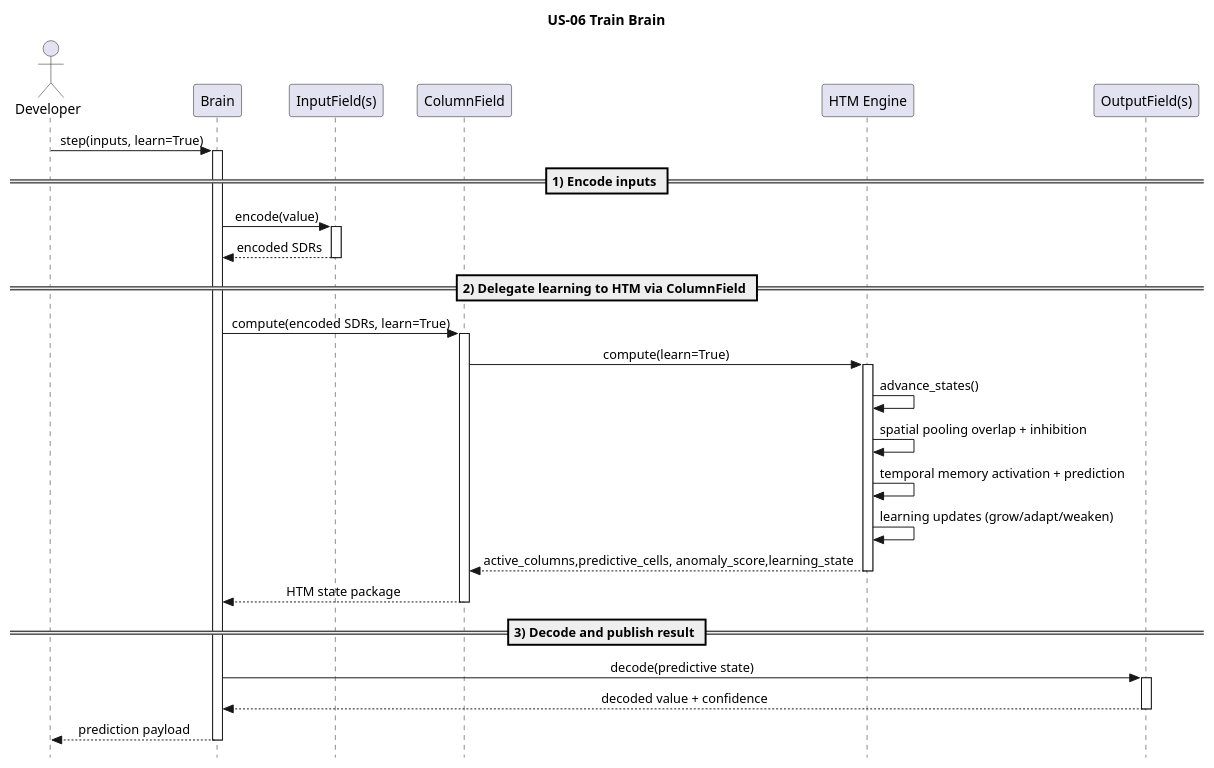
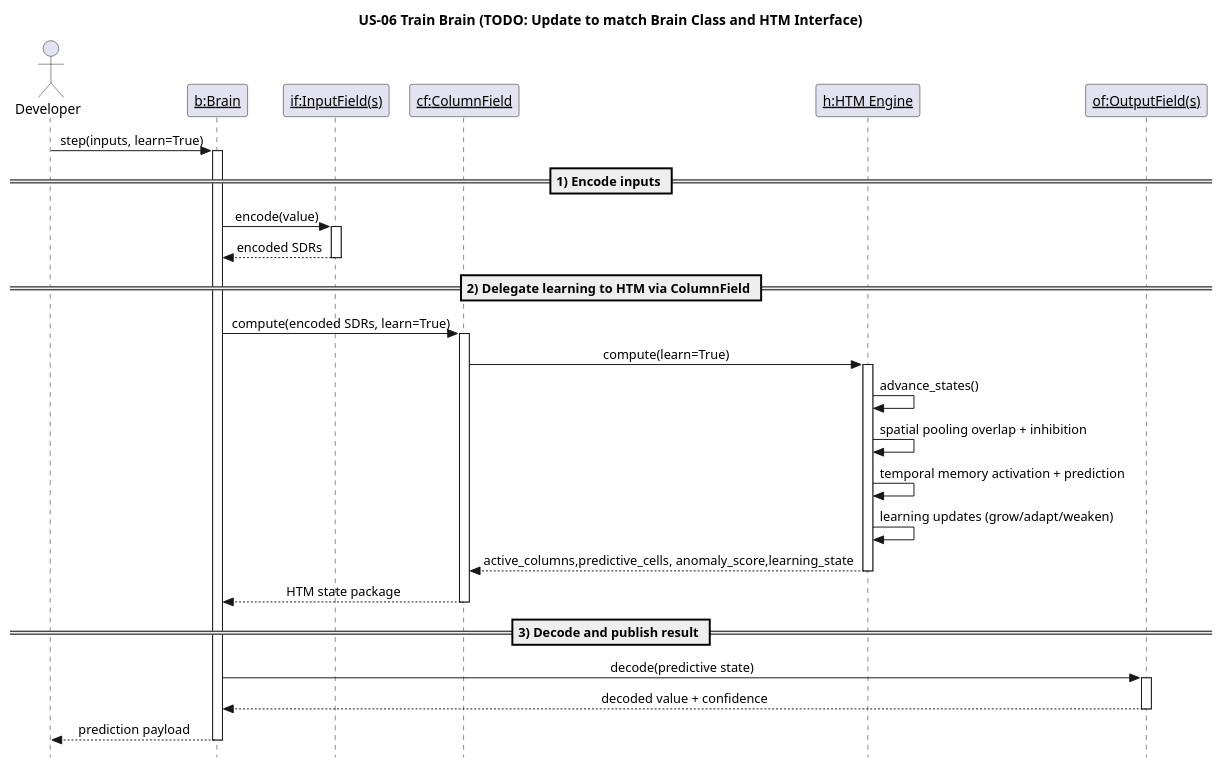
One commit to egrembocki/htmrl changed the diagram in docs/puml/US/us-06.puml. Above: the diagram before and after it, drawn with PlantUML. The commit also changed 8 other files, not shown here.

```diff
--- a/docs/puml/US/us-06.puml
+++ b/docs/puml/US/us-06.puml
@@ -1,49 +1,49 @@
 @startuml
 skinparam style strictuml
 skinparam sequenceMessageAlign center
 skinparam responseMessageBelowArrow true
-title US-06 Train Brain
+title US-06 Train Brain (TODO: Update to match Brain Class and HTM Interface)
 
 actor "Developer" as Dev
-participant "Brain" as B
-participant "InputField(s)" as IF
-participant "ColumnField" as CF
-participant "HTM Engine" as H
-participant "OutputField(s)" as OF
+participant "<u>b:Brain</u>" as B
+participant "<u>if:InputField(s)</u>" as IF
+participant "<u>cf:ColumnField</u>" as CF
+participant "<u>h:HTM Engine</u>" as H
+participant "<u>of:OutputField(s)</u>" as OF
 
 Dev -> B: step(inputs, learn=True)
 activate B
 
 == 1) Encode inputs ==
 B -> IF: encode(value)
 activate IF
 IF --> B: encoded SDRs
 
 deactivate IF
 
 == 2) Delegate learning to HTM via ColumnField ==
 B -> CF: compute(encoded SDRs, learn=True)
 activate CF
 CF -> H: compute(learn=True)
 activate H
 H -> H: advance_states()
 H -> H: spatial pooling overlap + inhibition
 H -> H: temporal memory activation + prediction
 H -> H: learning updates (grow/adapt/weaken)
 H --> CF: active_columns,predictive_cells, anomaly_score,learning_state
 
 deactivate H
 CF --> B: HTM state package
 
 deactivate CF
 
 == 3) Decode and publish result ==
 B -> OF: decode(predictive state)
 activate OF
 OF --> B: decoded value + confidence
 
 deactivate OF
 B --> Dev: prediction payload
 
 deactivate B
 @enduml
```
